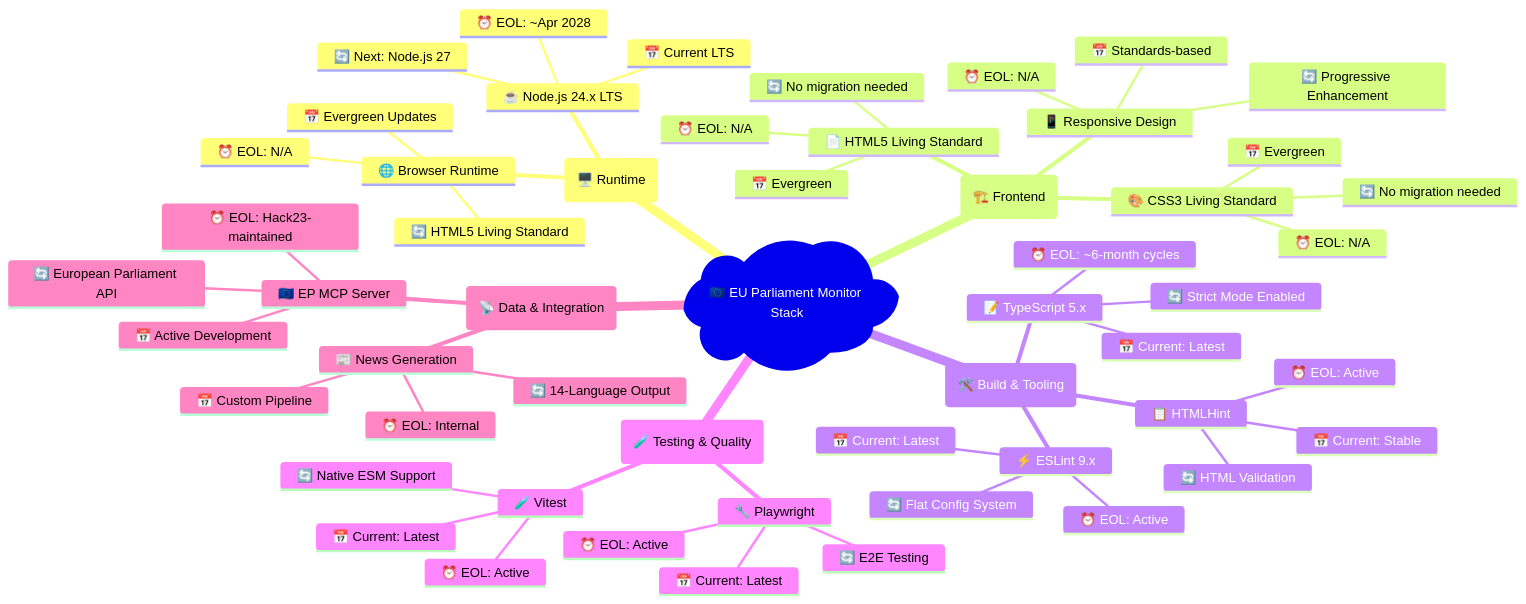
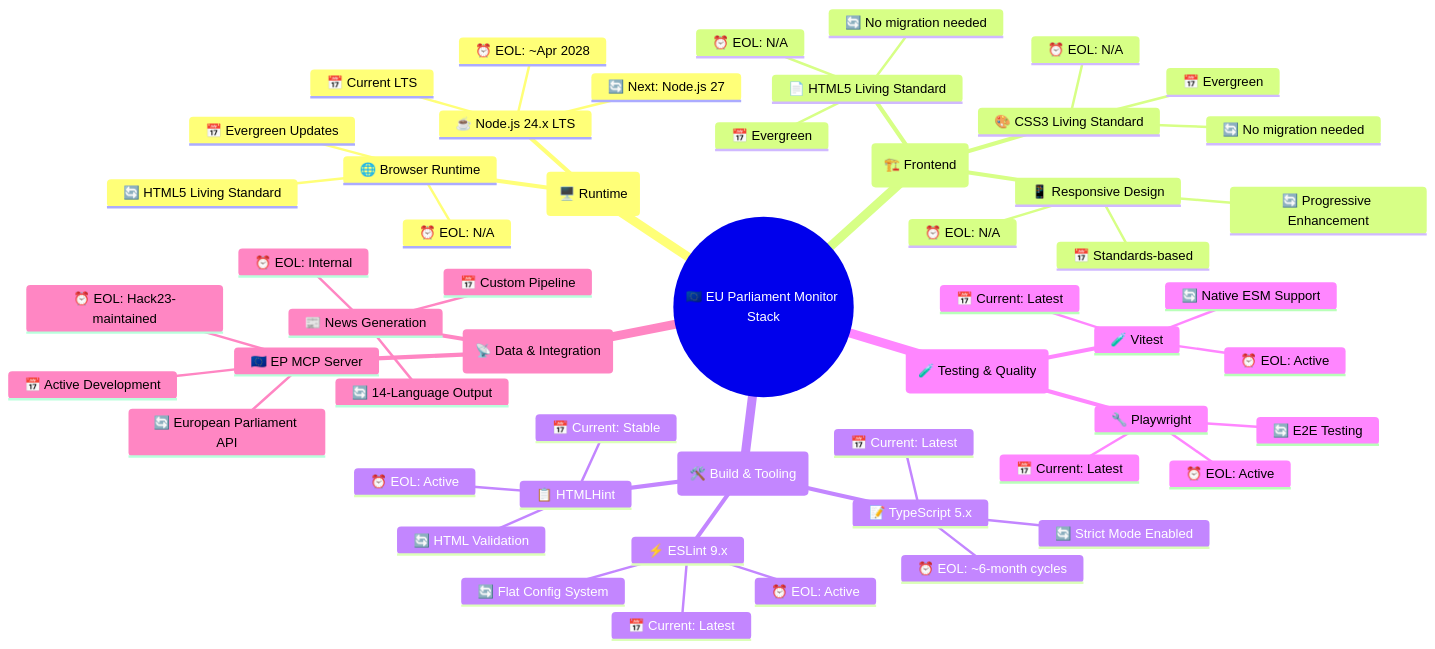
Before and after one commit to Hack23/euparliamentmonitor: the first of 6 diagrams in End-of-Life-Strategy.md, drawn with Mermaid. The commit also changed 2 other files, not shown here.

Commit message:
Apply review feedback round 2: AWS S3+CloudFront as primary hosting, fix npm cache description, mark SonarCloud as planned, fix Mermaid mindmap root syntax
- BCPPlan.md: Update primary hosting from GitHub Pages to AWS S3 + CloudFront (per ADR-002)
- BCPPlan.md: Fix npm Registry backup to reflect actual CI caching (npm cache + lockfile + npm ci)
- BCPPlan.md: Update scenario 1, recovery targets, and architecture diagram for AWS
- FinancialSecurityPlan.md: Acknowledge AWS S3 + CloudFront in financial overview and cost table
- FinancialSecurityPlan.md: Mark SonarCloud as Planned (no workflow/config exists yet)
- End-of-Life-Strategy.md: Fix Mermaid mindmap root node from mismatched parens to root(())

````diff
--- a/End-of-Life-Strategy.md
+++ b/End-of-Life-Strategy.md
@@ -88,57 +88,57 @@
 ```mermaid
 mindmap
-  root)🇪🇺 EU Parliament Monitor Stack(
+  root((🇪🇺 EU Parliament Monitor Stack))
     (🖥️ Runtime)
       ☕ Node.js 24.x LTS
         📅 Current LTS
         ⏰ EOL: ~Apr 2028
         🔄 Next: Node.js 27
       🌐 Browser Runtime
         📅 Evergreen Updates
         ⏰ EOL: N/A
         🔄 HTML5 Living Standard
     (🏗️ Frontend)
       📄 HTML5 Living Standard
         📅 Evergreen
         ⏰ EOL: N/A
         🔄 No migration needed
       🎨 CSS3 Living Standard
         📅 Evergreen
         ⏰ EOL: N/A
         🔄 No migration needed
       📱 Responsive Design
         📅 Standards-based
         ⏰ EOL: N/A
         🔄 Progressive Enhancement
     (🛠️ Build & Tooling)
       📝 TypeScript 5.x
         📅 Current: Latest
         ⏰ EOL: ~6-month cycles
         🔄 Strict Mode Enabled
       ⚡ ESLint 9.x
         📅 Current: Latest
         ⏰ EOL: Active
         🔄 Flat Config System
       📋 HTMLHint
         📅 Current: Stable
         ⏰ EOL: Active
         🔄 HTML Validation
     (🧪 Testing & Quality)
       🧪 Vitest
         📅 Current: Latest
         ⏰ EOL: Active
         🔄 Native ESM Support
       🔧 Playwright
         📅 Current: Latest
         ⏰ EOL: Active
         🔄 E2E Testing
     (📡 Data & Integration)
       🇪🇺 EP MCP Server
         📅 Active Development
         ⏰ EOL: Hack23-maintained
         🔄 European Parliament API
       📰 News Generation
         📅 Custom Pipeline
         ⏰ EOL: Internal
         🔄 14-Language Output
 ```
````
